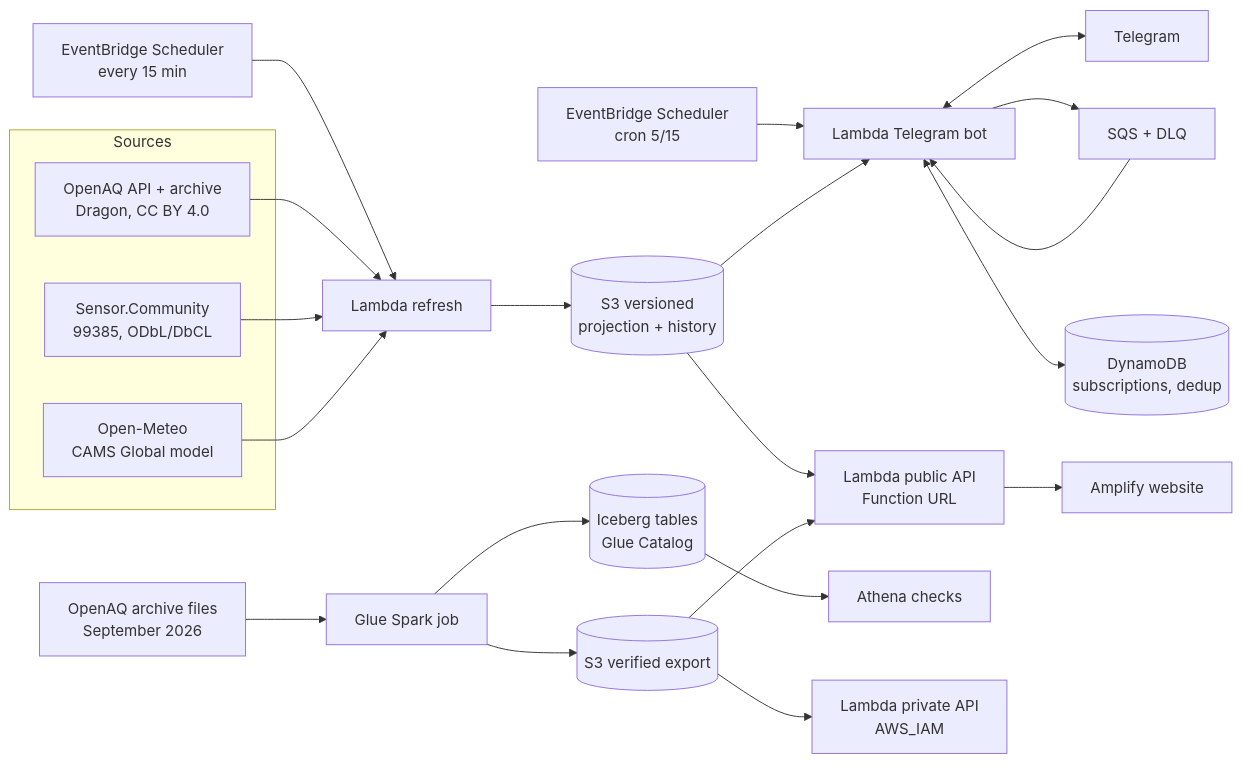
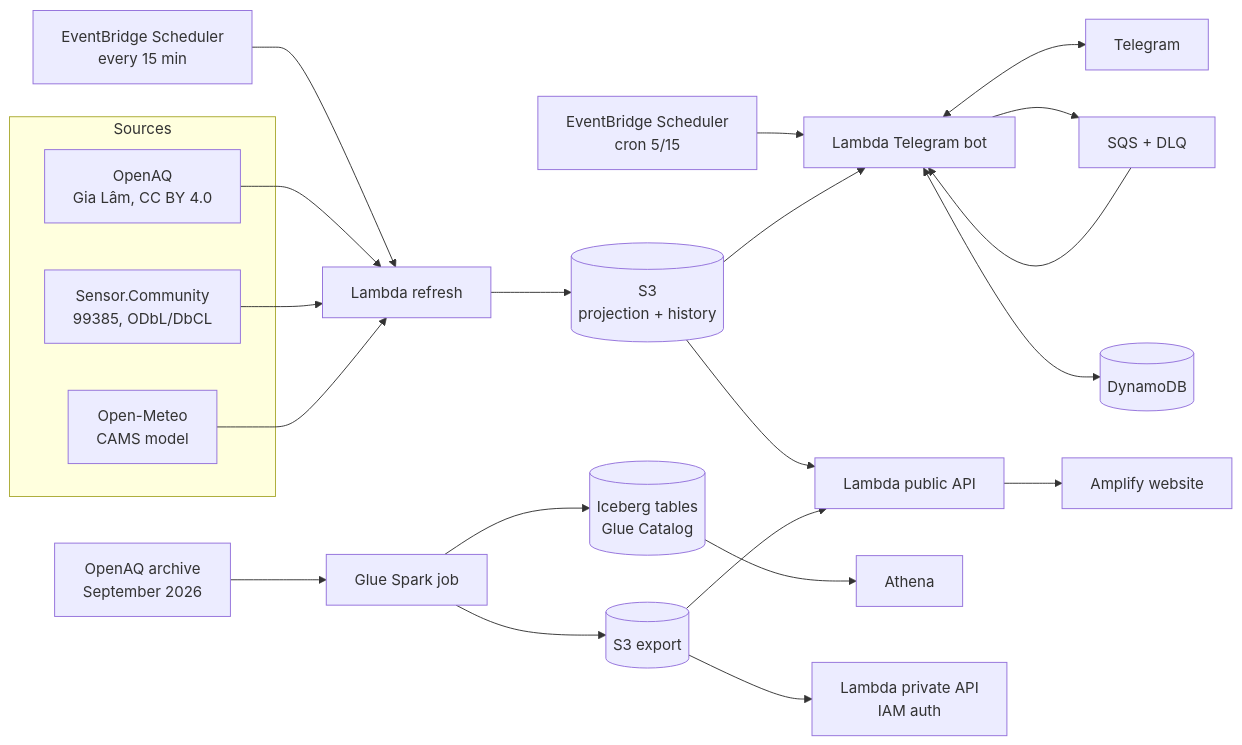
Before and after one commit to careych/AirLake: the diagram in README.md, drawn with Mermaid. The commit also changed other lines of this file and 36 other files, not shown here.

````diff
--- a/README.md
+++ b/README.md
@@ -49,25 +35,25 @@
 ```mermaid
 flowchart LR
   subgraph Sources
-    OAQ[OpenAQ API + archive<br/>Dragon, CC BY 4.0]
+    OAQ[OpenAQ<br/>Gia Lâm, CC BY 4.0]
     SC[Sensor.Community<br/>99385, ODbL/DbCL]
-    OM[Open-Meteo<br/>CAMS Global model]
+    OM[Open-Meteo<br/>CAMS model]
   end
   EB1[EventBridge Scheduler<br/>every 15 min] --> RF[Lambda refresh]
   OAQ --> RF
   SC --> RF
   OM --> RF
-  RF --> S3[(S3 versioned<br/>projection + history)]
-  S3 --> API[Lambda public API<br/>Function URL]
+  RF --> S3[(S3<br/>projection + history)]
+  S3 --> API[Lambda public API]
   API --> WEB[Amplify website]
   EB2[EventBridge Scheduler<br/>cron 5/15] --> BOT[Lambda Telegram bot]
   S3 --> BOT
-  BOT <--> DDB[(DynamoDB<br/>subscriptions, dedup)]
+  BOT <--> DDB[(DynamoDB)]
   BOT --> SQS[SQS + DLQ] --> BOT
   BOT <--> TG[Telegram]
-  ARC[OpenAQ archive files<br/>September 2026] --> GLUE[Glue Spark job] --> ICE[(Iceberg tables<br/>Glue Catalog)]
-  ICE --> ATH[Athena checks]
-  GLUE --> EXP[(S3 verified export)]
-  EXP --> PRIV[Lambda private API<br/>AWS_IAM]
+  ARC[OpenAQ archive<br/>September 2026] --> GLUE[Glue Spark job] --> ICE[(Iceberg tables<br/>Glue Catalog)]
+  ICE --> ATH[Athena]
+  GLUE --> EXP[(S3 export)]
+  EXP --> PRIV[Lambda private API<br/>IAM auth]
   EXP --> API
 ```
````
